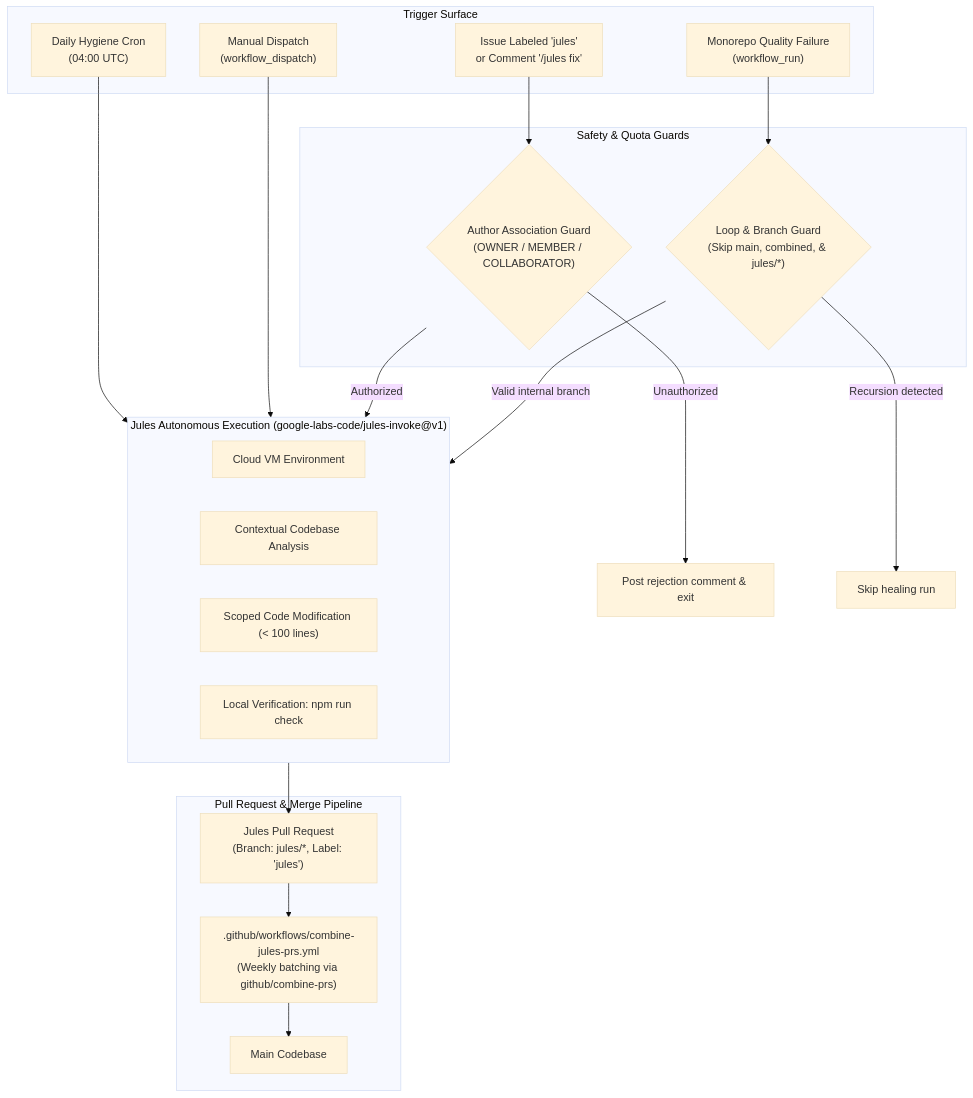
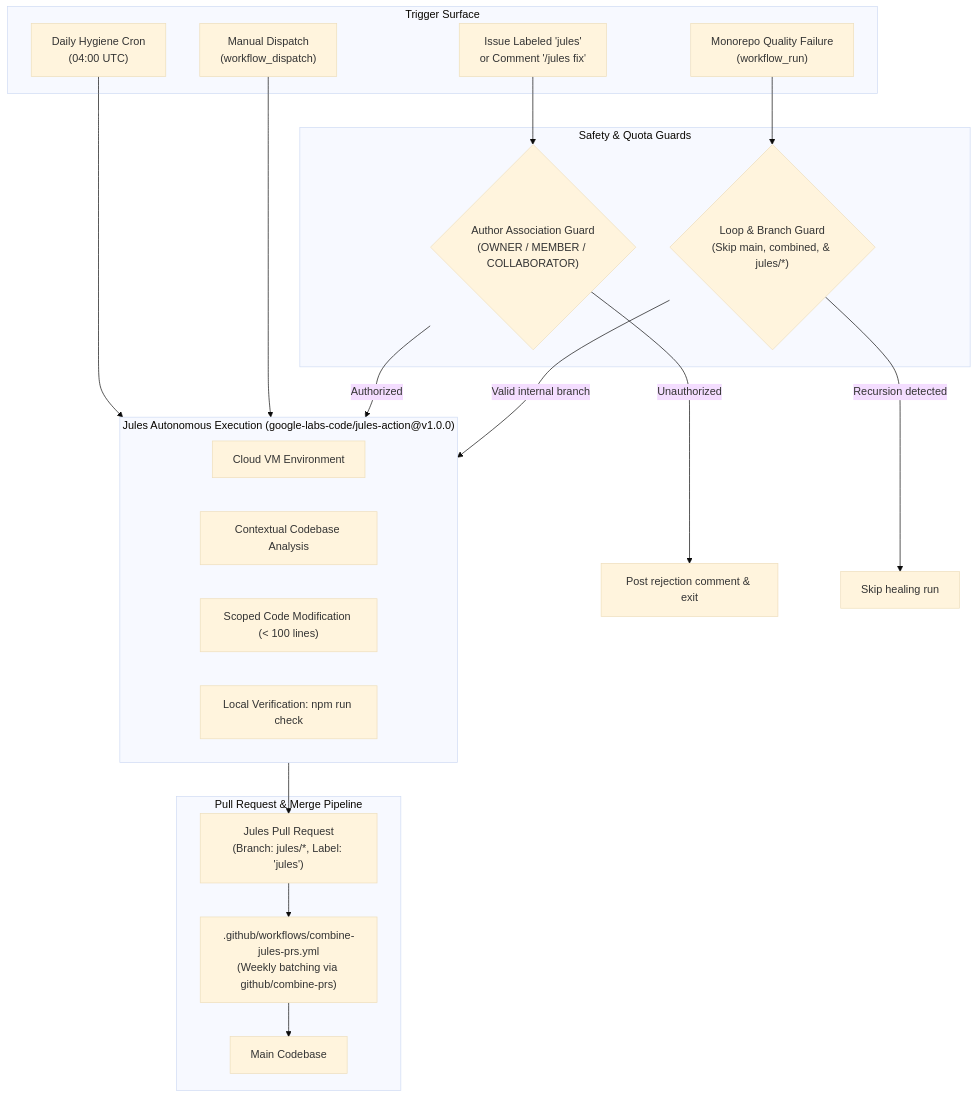
One commit to cloudgxp/ghec-consultant-suite changed the diagram in docs/guides/jules-automation-setup.md. Above: the diagram before and after it, drawn with Mermaid (base theme). The commit also changed other lines of this file and 3 other files, not shown here.

First line of the commit message:
fix(ci): pin jules-action to v1.0.0 tag

````diff
--- a/docs/guides/jules-automation-setup.md
+++ b/docs/guides/jules-automation-setup.md
@@ -11,42 +11,42 @@
 ```mermaid
 flowchart TD
     subgraph Triggers["Trigger Surface"]
         T1["Issue Labeled 'jules'<br/>or Comment '/jules fix'"]
         T2["Monorepo Quality Failure<br/>(workflow_run)"]
         T3["Daily Hygiene Cron<br/>(04:00 UTC)"]
         T4["Manual Dispatch<br/>(workflow_dispatch)"]
     end
 
     subgraph Guards["Safety & Quota Guards"]
         G1{"Author Association Guard<br/>(OWNER / MEMBER / COLLABORATOR)"}
         G2{"Loop & Branch Guard<br/>(Skip main, combined, & jules/*)"}
     end
 
-    subgraph Jules["Jules Autonomous Execution (google-labs-code/jules-invoke@v1)"]
+    subgraph Jules["Jules Autonomous Execution (google-labs-code/jules-action@v1.0.0)"]
         J1["Cloud VM Environment"]
         J2["Contextual Codebase Analysis"]
         J3["Scoped Code Modification (< 100 lines)"]
         J4["Local Verification: npm run check"]
     end
 
     subgraph Delivery["Pull Request & Merge Pipeline"]
         PR["Jules Pull Request<br/>(Branch: jules/*, Label: 'jules')"]
         Combiner[".github/workflows/combine-jules-prs.yml<br/>(Weekly batching via github/combine-prs)"]
         Merged["Main Codebase"]
     end
 
     T1 --> G1
     T3 --> Jules
     T4 --> Jules
     T2 --> G2
 
     G1 -->|Authorized| Jules
     G1 -->|Unauthorized| Reject["Post rejection comment & exit"]
 
     G2 -->|Valid internal branch| Jules
     G2 -->|Recursion detected| Skip["Skip healing run"]
 
     Jules --> PR
     PR --> Combiner
     Combiner --> Merged
 ```
````
